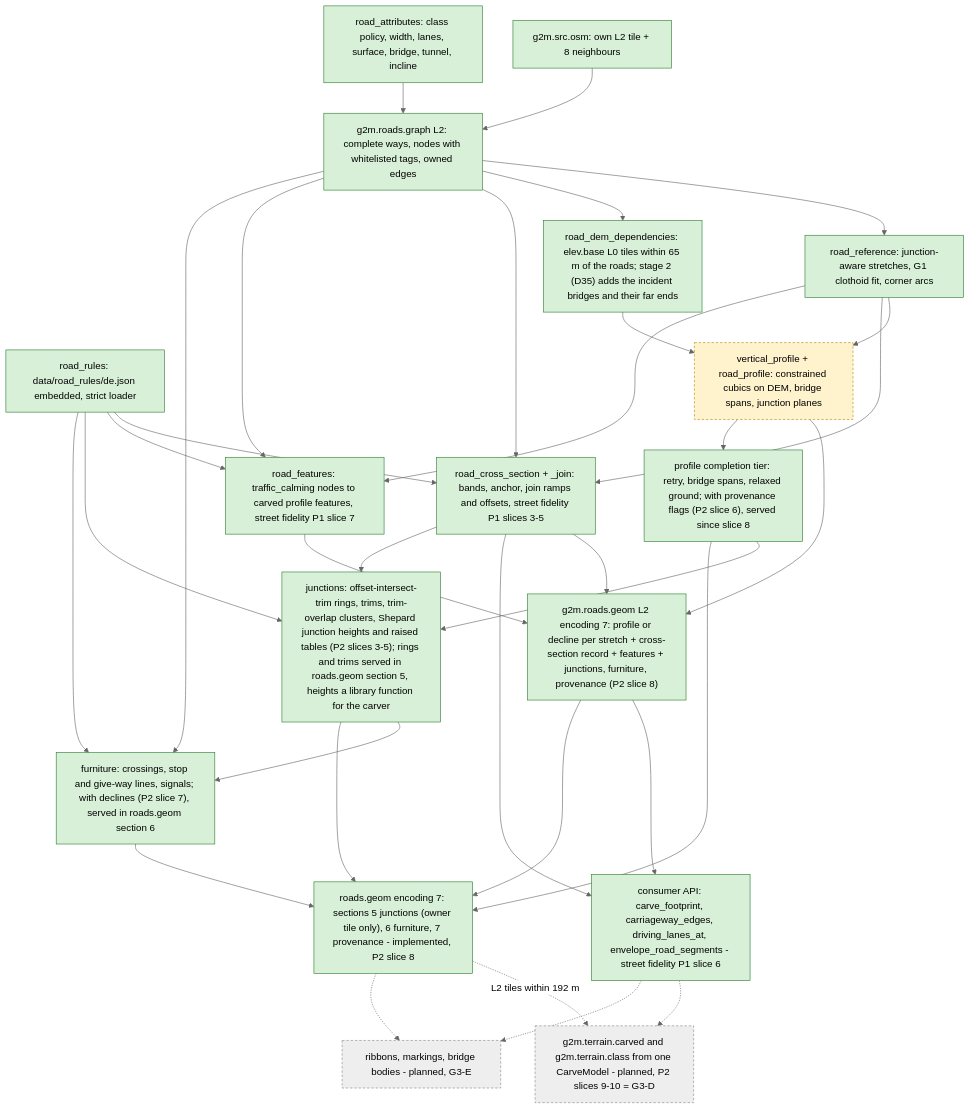
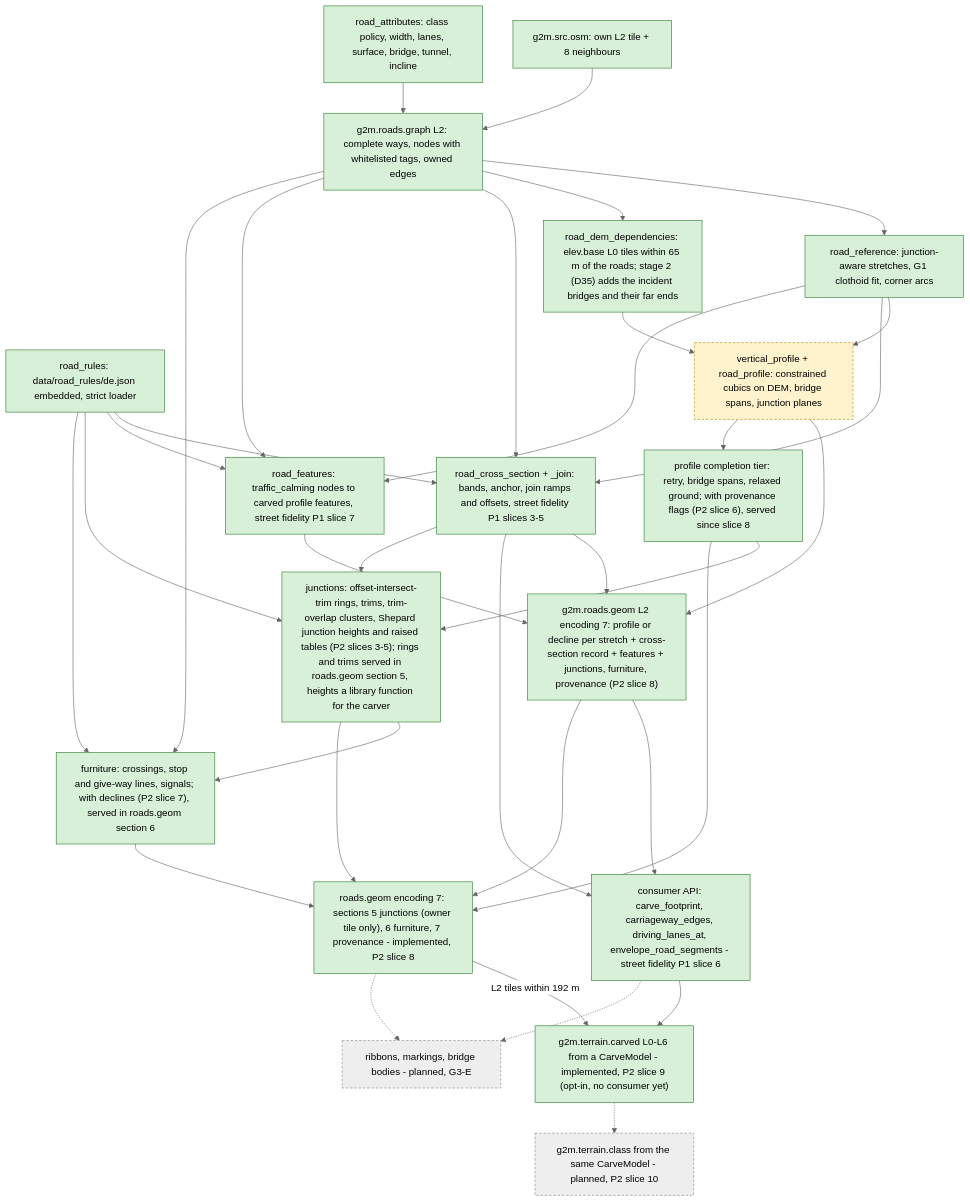
One commit to SebastianDanielFrenz/geo2map_engine changed the diagram in docs/pipeline/roads.md. Above: the diagram before and after it, drawn with Mermaid (neutral theme). The commit also changed other lines of this file and 23 other files, not shown here.

First line of the commit message:
P2 slice 9: g2m.terrain.carved L0-L6 (opt-in carved terrain layer)

````diff
--- a/docs/pipeline/roads.md
+++ b/docs/pipeline/roads.md
@@ -7,56 +7,58 @@
 ```mermaid
 flowchart TD
   OSM9["g2m.src.osm: own L2 tile + 8 neighbours"]
   ATTR["road_attributes: class policy, width, lanes, surface, bridge, tunnel, incline"]
   GRAPH["g2m.roads.graph L2: complete ways, nodes with whitelisted tags, owned edges"]
   RULES["road_rules: data/road_rules/de.json embedded, strict loader"]
   XS["road_cross_section + _join: bands, anchor, join ramps and offsets, street fidelity P1 slices 3-5"]
   API["consumer API: carve_footprint, carriageway_edges, driving_lanes_at, envelope_road_segments - street fidelity P1 slice 6"]
   REF["road_reference: junction-aware stretches, G1 clothoid fit, corner arcs"]
   DEMDEP["road_dem_dependencies: elev.base L0 tiles within 65 m of the roads; stage 2 (D35) adds the incident bridges and their far ends"]
   PROF["vertical_profile + road_profile: constrained cubics on DEM, bridge spans, junction planes"]
   FEAT["road_features: traffic_calming nodes to carved profile features, street fidelity P1 slice 7"]
   GEOM["g2m.roads.geom L2 encoding 7: profile or decline per stretch + cross-section record + features + junctions, furniture, provenance (P2 slice 8)"]
   COMPL["profile completion tier: retry, bridge spans, relaxed ground; with provenance flags (P2 slice 6), served since slice 8"]
   JUNC["junctions: offset-intersect-trim rings, trims, trim-overlap clusters, Shepard junction heights and raised tables (P2 slices 3-5); rings and trims served in roads.geom section 5, heights a library function for the carver"]
   FURN["furniture: crossings, stop and give-way lines, signals; with declines (P2 slice 7), served in roads.geom section 6"]
   GEOM7["roads.geom encoding 7: sections 5 junctions (owner tile only), 6 furniture, 7 provenance - implemented, P2 slice 8"]
-  CARVE["g2m.terrain.carved and g2m.terrain.class from one CarveModel - planned, P2 slices 9-10 = G3-D"]
+  CARVE["g2m.terrain.carved L0-L6 from a CarveModel - implemented, P2 slice 9 (opt-in, no consumer yet)"]
+  CLASSL["g2m.terrain.class from the same CarveModel - planned, P2 slice 10"]
   RIB["ribbons, markings, bridge bodies - planned, G3-E"]
   OSM9 --> GRAPH
   ATTR --> GRAPH
   GRAPH --> REF --> PROF
   GRAPH --> DEMDEP --> PROF
   RULES --> XS
   GRAPH --> XS
   REF --> XS
   XS --> GEOM
   GRAPH --> FEAT
   REF --> FEAT
   RULES --> FEAT
   FEAT --> GEOM
   PROF --> GEOM
   XS --> API
   GEOM --> API
   PROF --> COMPL
   COMPL --> JUNC
   XS --> JUNC
   RULES --> JUNC
   JUNC --> FURN
   GRAPH --> FURN
   RULES --> FURN
   COMPL --> GEOM7
   JUNC --> GEOM7
   FURN --> GEOM7
   GEOM --> GEOM7
-  GEOM7 -.->|"L2 tiles within 192 m"| CARVE
-  API -.-> CARVE
+  GEOM7 -->|"L2 tiles within 192 m"| CARVE
+  API --> CARVE
+  CARVE -.-> CLASSL
   API -.-> RIB
   GEOM7 -.-> RIB
   classDef done fill:#d8f0d8,stroke:#2e7d32,color:#000;
   classDef part fill:#fff3cd,stroke:#b58900,stroke-dasharray:4 3,color:#000;
   classDef plan fill:#eeeeee,stroke:#888888,stroke-dasharray:4 3,color:#000;
-  class OSM9,ATTR,GRAPH,REF,DEMDEP,GEOM,RULES,XS,API,FEAT,COMPL,JUNC,FURN,GEOM7 done;
+  class OSM9,ATTR,GRAPH,REF,DEMDEP,GEOM,RULES,XS,API,FEAT,COMPL,JUNC,FURN,GEOM7,CARVE done;
   class PROF part;
-  class CARVE,RIB plan;
+  class CLASSL,RIB plan;
 ```
````
